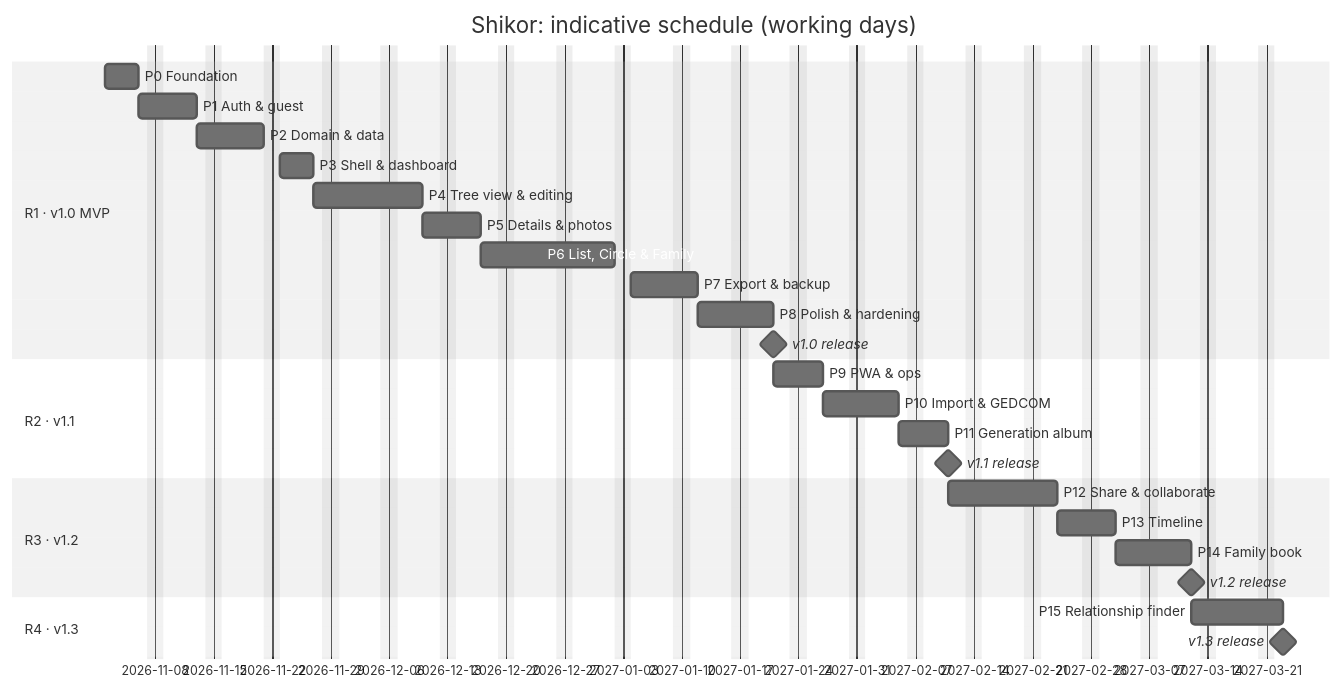
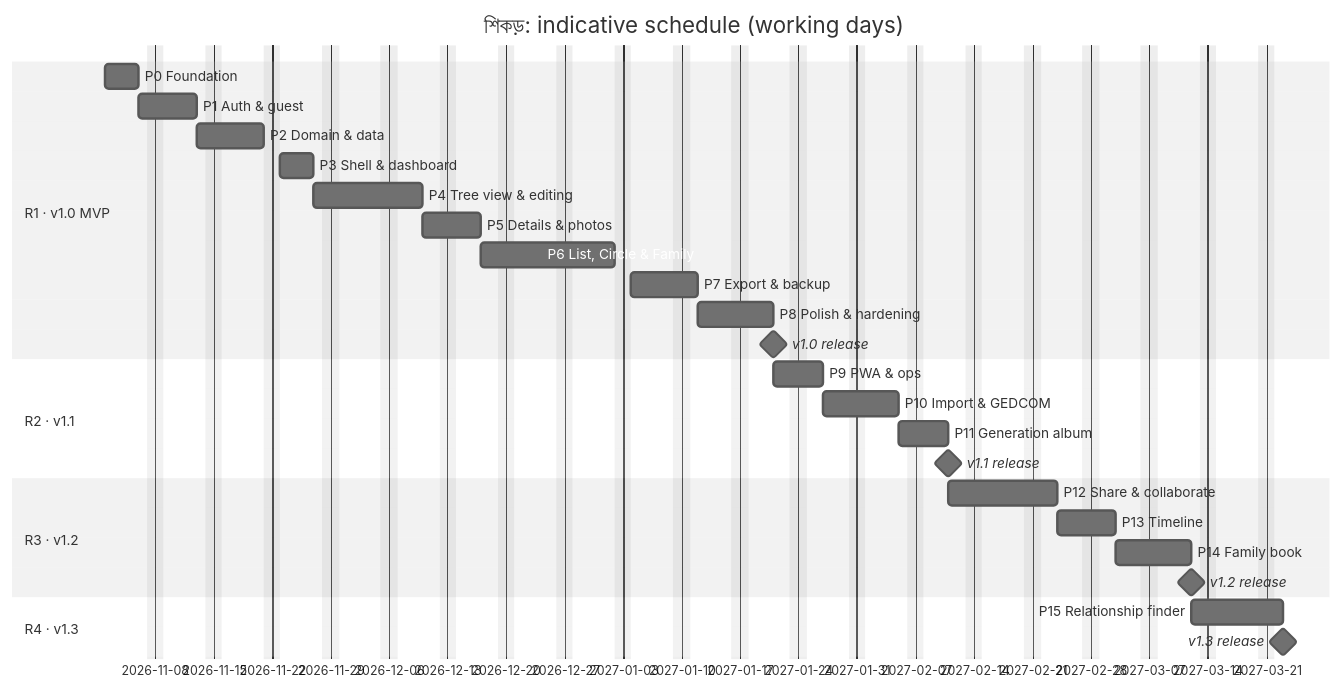
Before and after one commit to redwanhasan980/Family-Tree: the diagram in docs/IMPLEMENTATION_PLAN.md, drawn with Mermaid (neutral theme). The commit also changed other lines of this file and 6 other files, not shown here.

````diff
--- a/docs/IMPLEMENTATION_PLAN.md
+++ b/docs/IMPLEMENTATION_PLAN.md
@@ -72,30 +72,30 @@
 ```mermaid
 gantt
-    title Shikor: indicative schedule (working days)
+    title শিকড়: indicative schedule (working days)
     dateFormat  YYYY-MM-DD
     excludes    weekends
     section R1 · v1.0 MVP
     P0 Foundation            :p0, 2026-11-02, 4d
     P1 Auth & guest          :p1, after p0, 5d
     P2 Domain & data         :p2, after p1, 6d
     P3 Shell & dashboard     :p3, after p2, 4d
     P4 Tree view & editing   :p4, after p3, 9d
     P5 Details & photos      :p5, after p4, 5d
     P6 List, Circle & Family :p6, after p5, 12d
     P7 Export & backup       :p7, after p6, 6d
     P8 Polish & hardening    :p8, after p7, 7d
     v1.0 release             :milestone, m1, after p8, 0d
     section R2 · v1.1
     P9 PWA & ops             :p9, after p8, 4d
     P10 Import & GEDCOM      :p10, after p9, 7d
     P11 Generation album     :p11, after p10, 4d
     v1.1 release             :milestone, m2, after p11, 0d
     section R3 · v1.2
     P12 Share & collaborate  :p12, after p11, 9d
     P13 Timeline             :p13, after p12, 5d
     P14 Family book          :p14, after p13, 7d
     v1.2 release             :milestone, m3, after p14, 0d
     section R4 · v1.3
     P15 Relationship finder  :p15, after p14, 7d
     v1.3 release             :milestone, m4, after p15, 0d
 ```
````
